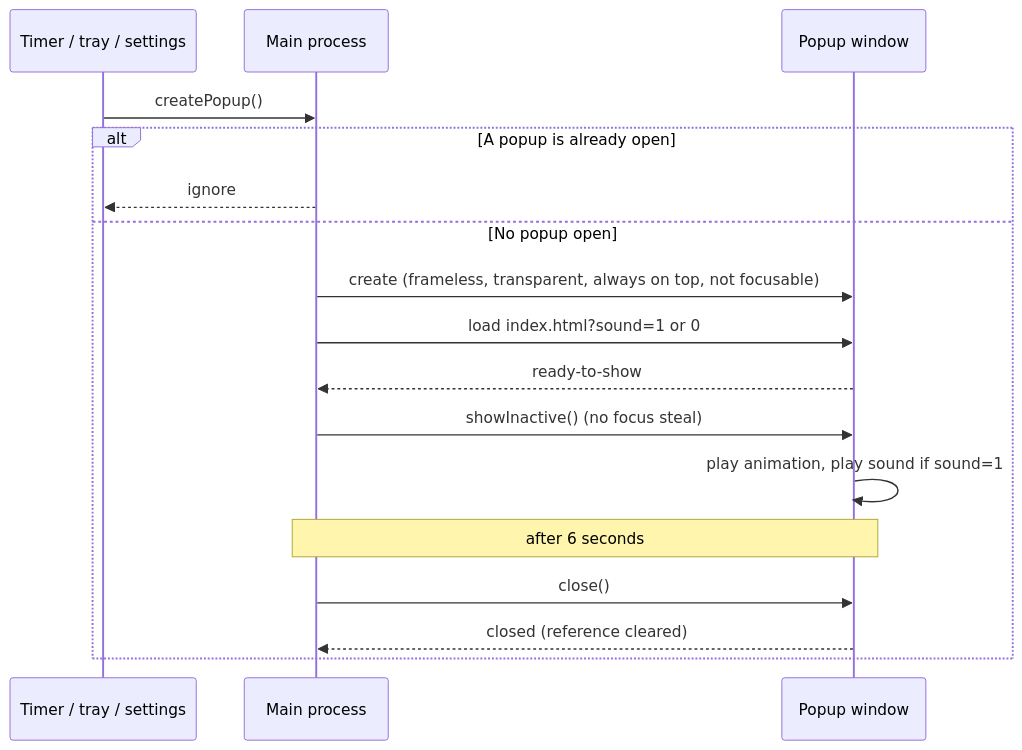
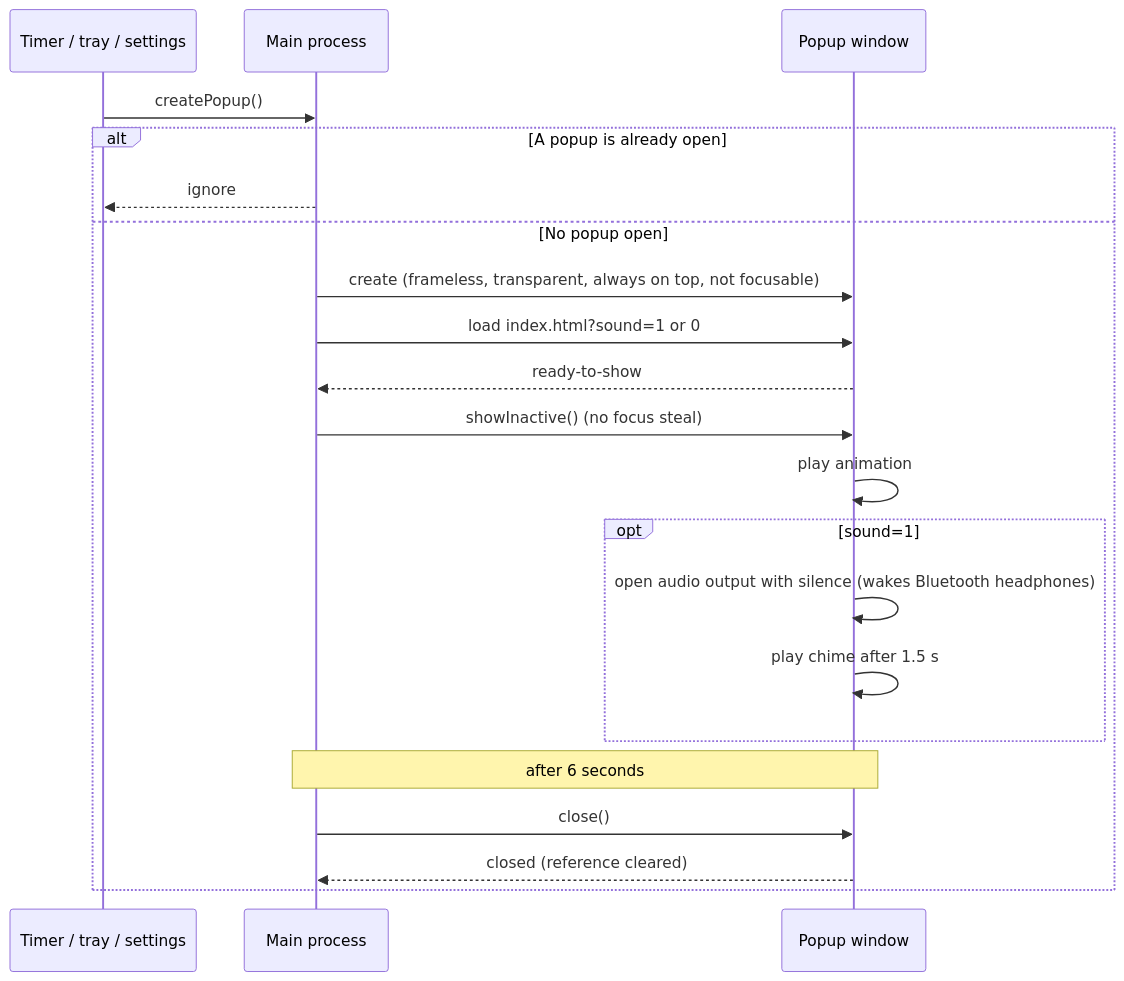
One commit to eduardosch/water-reminder changed the seventh of 13 diagrams in docs/workflow.md. Above: the diagram before and after it, drawn with Mermaid. The commit also changed 3 other files, not shown here.

Commit message:
🐛 fix(popup): wake bluetooth headphones before playing the chime

````diff
--- a/docs/workflow.md
+++ b/docs/workflow.md
@@ -233,20 +233,24 @@
 ```mermaid
 sequenceDiagram
   participant T as Timer / tray / settings
   participant M as Main process
   participant P as Popup window
 
   T->>M: createPopup()
   alt A popup is already open
     M-->>T: ignore
   else No popup open
     M->>P: create (frameless, transparent, always on top, not focusable)
     M->>P: load index.html?sound=1 or 0
     P-->>M: ready-to-show
     M->>P: showInactive() (no focus steal)
-    P->>P: play animation, play sound if sound=1
+    P->>P: play animation
+    opt sound=1
+      P->>P: open audio output with silence (wakes Bluetooth headphones)
+      P->>P: play chime after 1.5 s
+    end
     Note over M,P: after 6 seconds
     M->>P: close()
     P-->>M: closed (reference cleared)
   end
 ```
````
